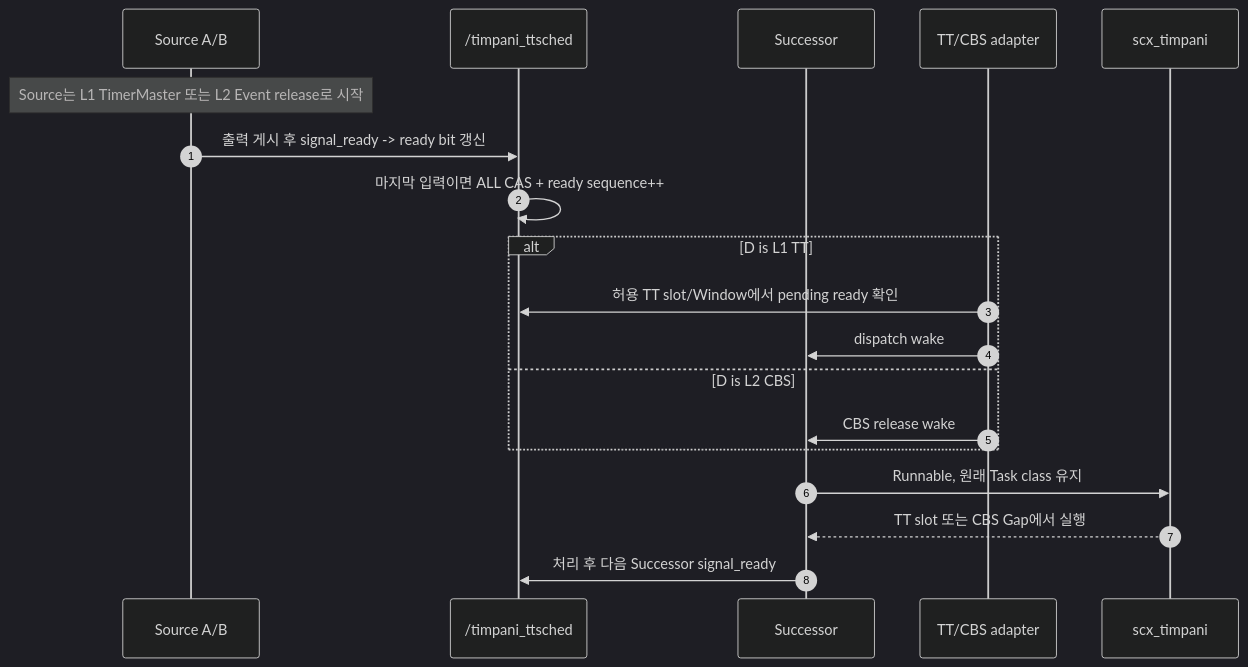
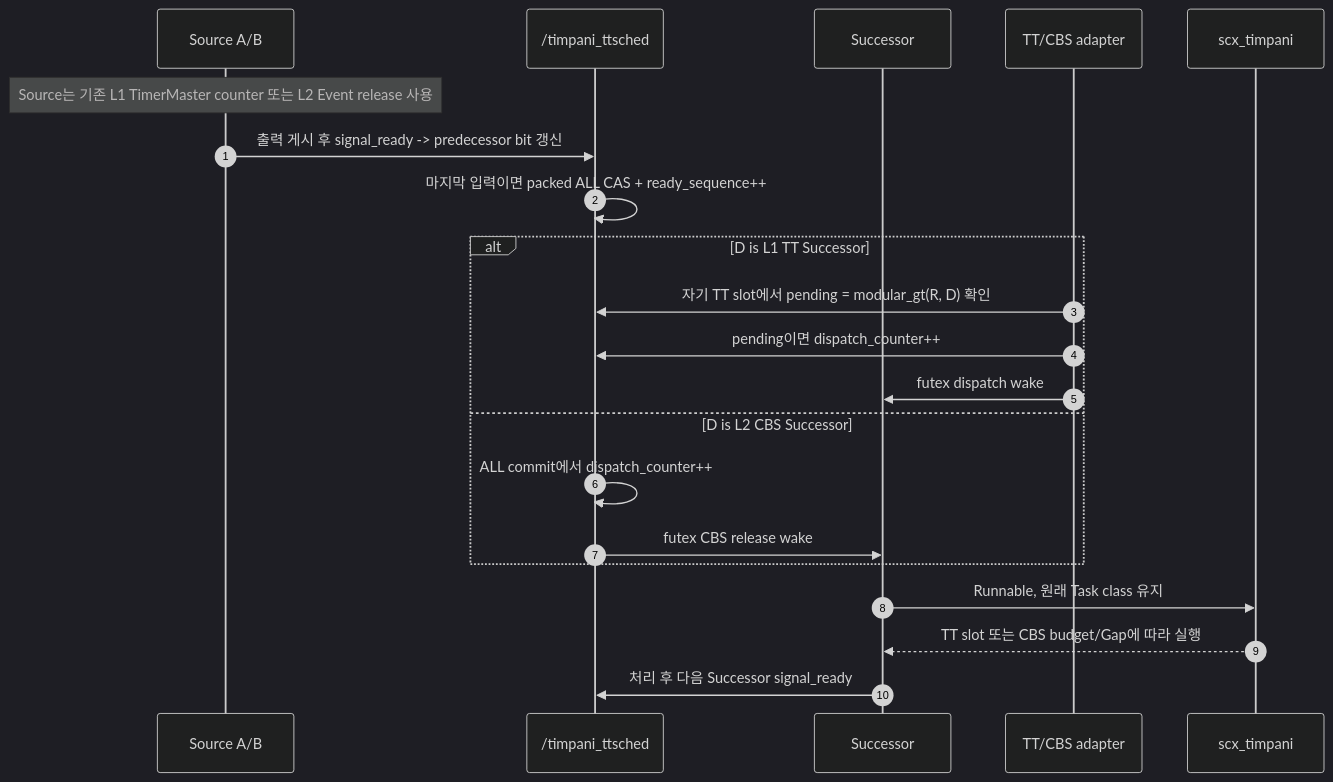
Before and after one commit to eclipse-timpani/timpani26: the third of 4 diagrams in doc/design/kor/HLD-009-data-driven-workload.md, drawn with Mermaid (dark theme). The commit also changed other lines of this file and 9 other files, not shown here.

````diff
--- a/doc/design/kor/HLD-009-data-driven-workload.md
+++ b/doc/design/kor/HLD-009-data-driven-workload.md
@@ -105,22 +110,24 @@
 ```mermaid
 sequenceDiagram
     autonumber
     participant P as Source A/B
     participant SHM as /timpani_ttsched
     participant D as Successor
     participant A as TT/CBS adapter
     participant BPF as scx_timpani
 
-    Note over P: Source는 L1 TimerMaster 또는 L2 Event release로 시작
-    P->>SHM: 출력 게시 후 signal_ready -> ready bit 갱신
-    SHM->>SHM: 마지막 입력이면 ALL CAS + ready sequence++
-    alt D is L1 TT
-        A->>SHM: 허용 TT slot/Window에서 pending ready 확인
-        A->>D: dispatch wake
-    else D is L2 CBS
-        A->>D: CBS release wake
+    Note over P: Source는 기존 L1 TimerMaster counter 또는 L2 Event release 사용
+    P->>SHM: 출력 게시 후 signal_ready -> predecessor bit 갱신
+    SHM->>SHM: 마지막 입력이면 packed ALL CAS + ready_sequence++
+    alt D is L1 TT Successor
+        A->>SHM: 자기 TT slot에서 pending = modular_gt(R, D) 확인
+        A->>SHM: pending이면 dispatch_counter++
+        A->>D: futex dispatch wake
+    else D is L2 CBS Successor
+        SHM->>SHM: ALL commit에서 dispatch_counter++
+        SHM->>D: futex CBS release wake
     end
     D->>BPF: Runnable, 원래 Task class 유지
-    BPF-->>D: TT slot 또는 CBS Gap에서 실행
+    BPF-->>D: TT slot 또는 CBS budget/Gap에 따라 실행
     D->>SHM: 처리 후 다음 Successor signal_ready
 ```
````
